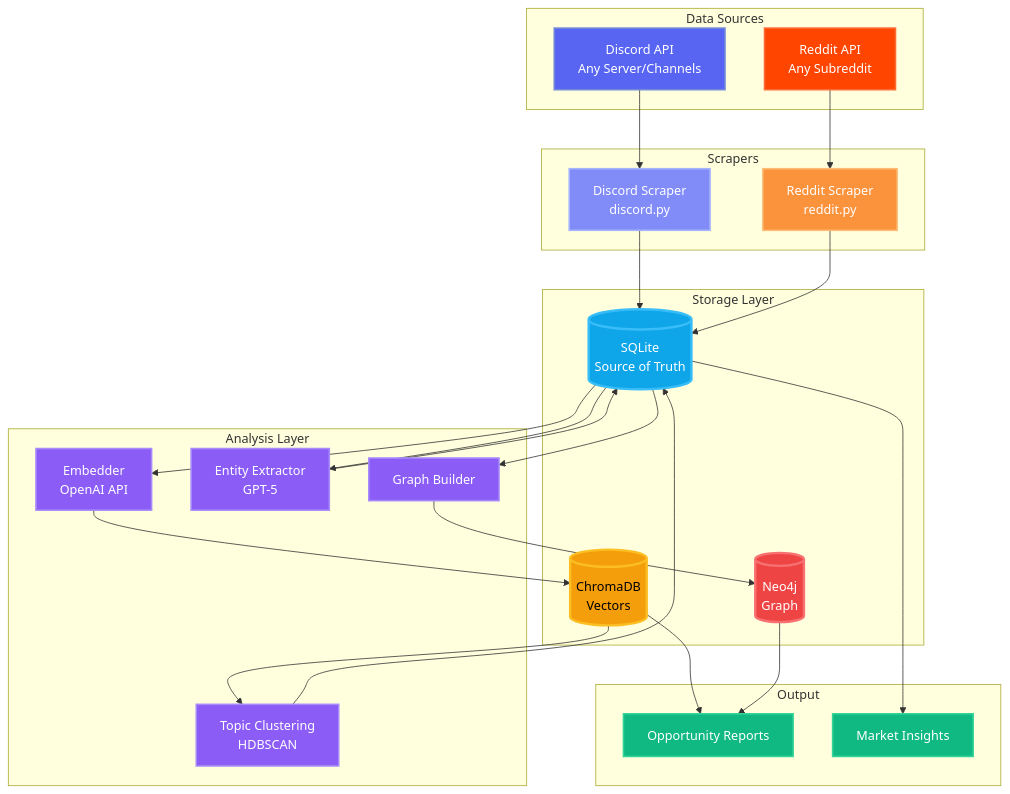
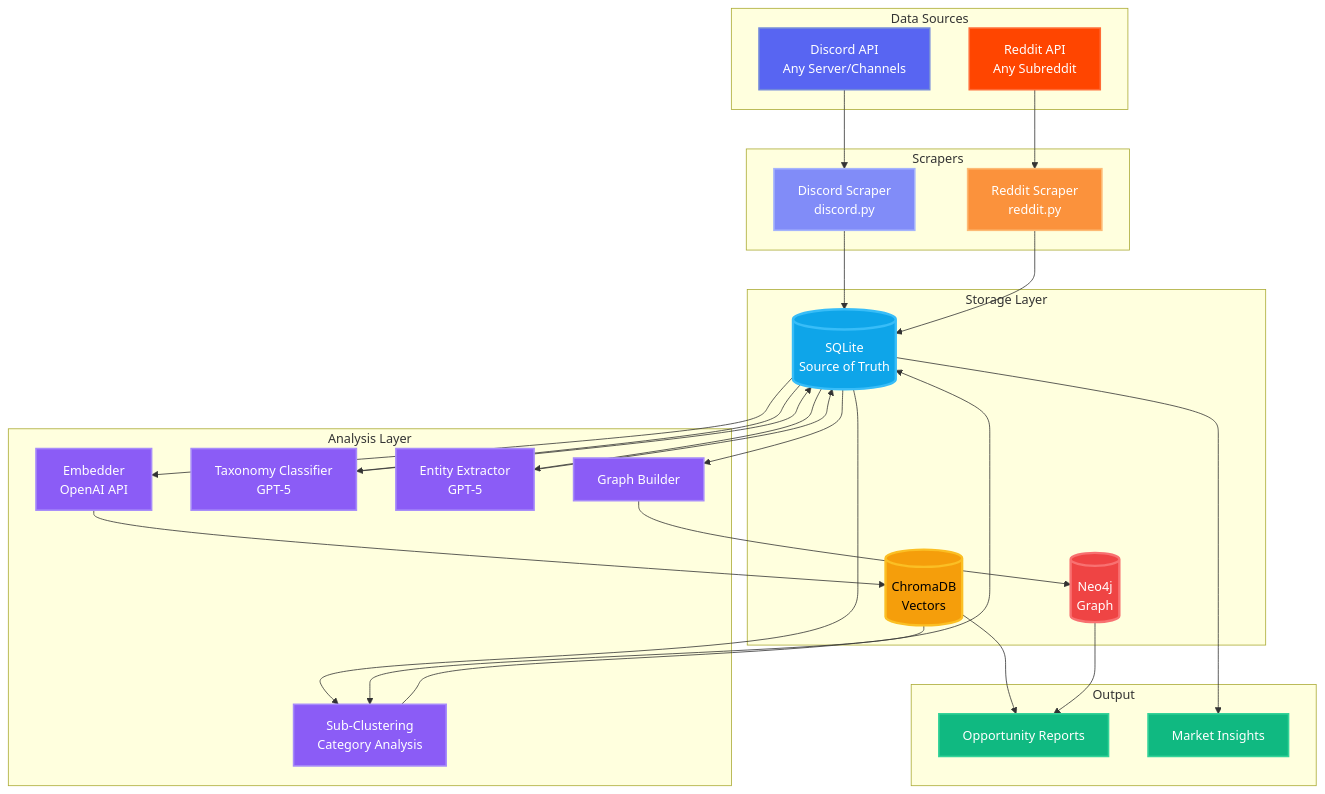
The first of 4 diagrams in README.md (ul0gic/discredit), drawn with Mermaid before and after one commit. The commit also changed other lines of this file and 4 other files, not shown here.

Commit message:
Implement taxonomy classification system: add taxonomy and message taxonomy tables, create taxonomy classifier module, and develop results viewing script

````diff
--- a/README.md
+++ b/README.md
@@ -45,65 +46,71 @@
 ```mermaid
 graph TB
     subgraph "Data Sources"
         Discord[Discord API<br/>Any Server/Channels]
         Reddit[Reddit API<br/>Any Subreddit]
     end
 
     subgraph "Scrapers"
         DS[Discord Scraper<br/>discord.py]
         RS[Reddit Scraper<br/>reddit.py]
     end
 
     subgraph "Storage Layer"
         SQLite[(SQLite<br/>Source of Truth)]
         ChromaDB[(ChromaDB<br/>Vectors)]
         Neo4j[(Neo4j<br/>Graph)]
     end
 
     subgraph "Analysis Layer"
         Embedder[Embedder<br/>OpenAI API]
-        Clusterer[Topic Clustering<br/>HDBSCAN]
+        Classifier[Taxonomy Classifier<br/>GPT-5]
+        SubCluster[Sub-Clustering<br/>Category Analysis]
         Extractor[Entity Extractor<br/>GPT-5]
         GraphBuilder[Graph Builder]
     end
 
     subgraph "Output"
         Reports[Opportunity Reports]
         Insights[Market Insights]
     end
 
     Discord --> DS
     Reddit --> RS
     DS --> SQLite
     RS --> SQLite
 
     SQLite --> Embedder
     Embedder --> ChromaDB
 
-    ChromaDB --> Clusterer
-    Clusterer --> SQLite
+    SQLite --> Classifier
+    Classifier --> SQLite
+
+    SQLite --> SubCluster
+    ChromaDB --> SubCluster
+    SubCluster --> SQLite
 
     SQLite --> Extractor
     Extractor --> SQLite
 
     SQLite --> GraphBuilder
     GraphBuilder --> Neo4j
 
     ChromaDB --> Reports
     Neo4j --> Reports
     SQLite --> Insights
 
     style SQLite fill:#0ea5e9,stroke:#38bdf8,stroke-width:3px,color:#fff
     style ChromaDB fill:#f59e0b,stroke:#fbbf24,stroke-width:3px,color:#000
     style Neo4j fill:#ef4444,stroke:#f87171,stroke-width:3px,color:#fff
     style Discord fill:#5865f2,stroke:#7289da,stroke-width:2px,color:#fff
     style Reddit fill:#ff4500,stroke:#ff6b35,stroke-width:2px,color:#fff
     style DS fill:#818cf8,stroke:#a5b4fc,stroke-width:2px,color:#fff
     style RS fill:#fb923c,stroke:#fdba74,stroke-width:2px,color:#fff
     style Embedder fill:#8b5cf6,stroke:#a78bfa,stroke-width:2px,color:#fff
-    style Clusterer fill:#8b5cf6,stroke:#a78bfa,stroke-width:2px,color:#fff
+    style Classifier fill:#8b5cf6,stroke:#a78bfa,stroke-width:2px,color:#fff
+    style SubCluster fill:#8b5cf6,stroke:#a78bfa,stroke-width:2px,color:#fff
     style Extractor fill:#8b5cf6,stroke:#a78bfa,stroke-width:2px,color:#fff
     style GraphBuilder fill:#8b5cf6,stroke:#a78bfa,stroke-width:2px,color:#fff
     style Reports fill:#10b981,stroke:#34d399,stroke-width:2px,color:#fff
     style Insights fill:#10b981,stroke:#34d399,stroke-width:2px,color:#fff
 ```
````
